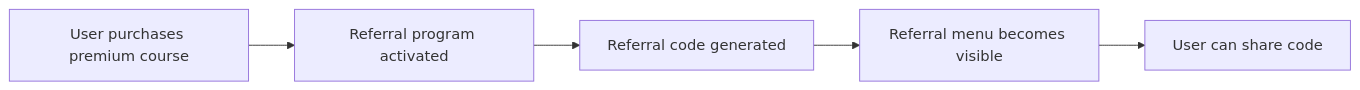
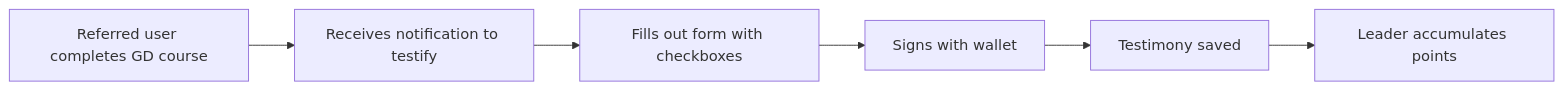
Before and after one commit to pasosdeJesus/learn.tg: the diagram in REQ/163.md, drawn with Mermaid. The commit also changed other lines of this file and 12 other files, not shown here.

````diff
--- a/REQ/163.md
+++ b/REQ/163.md
@@ -156,7 +114,8 @@
 ```mermaid
 flowchart LR
-    A[User purchases premium course] --> B[Referral program activated]
-    B --> C[Referral code generated]
-    C --> D[Referral menu becomes visible]
-    D --> E[User can share code]
+    A[Referred user completes GD course] --> B[Receives notification to testify]
+    B --> C[Fills out form with checkboxes]
+    C --> D[Signs with wallet]
+    D --> E[Testimony saved]
+    E --> F[Leader accumulates points]
 ```
````
